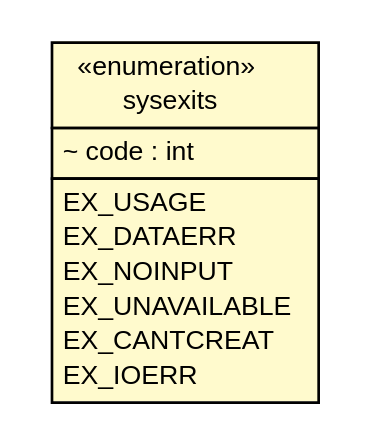
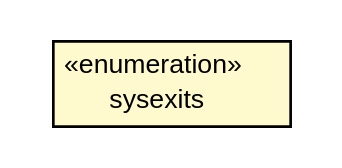
Before and after one commit to B3Partners/brmo: the diagram in brmo-commandline/apidocs/nl/b3p/brmo/commandline/Main.sysexits.dot, drawn with Graphviz. The commit also changed 69 other files, not shown here.

```diff
--- a/brmo-commandline/apidocs/nl/b3p/brmo/commandline/Main.sysexits.dot
+++ b/brmo-commandline/apidocs/nl/b3p/brmo/commandline/Main.sysexits.dot
@@ -1,30 +1,19 @@
 #!/usr/local/bin/dot
 #
 # Class diagram 
 # Generated by UMLGraph version R5_6-24-gf6e263 (http://www.umlgraph.org/)
 #
 
 digraph G {
 	edge [fontname="Helvetica",fontsize=10,labelfontname="Helvetica",labelfontsize=10];
 	node [fontname="Helvetica",fontsize=10,shape=plaintext];
 	nodesep=0.25;
 	ranksep=0.5;
 	// nl.b3p.brmo.commandline.Main.sysexits
 	c7 [label=<<table title="nl.b3p.brmo.commandline.Main.sysexits" border="0" cellborder="1" cellspacing="0" cellpadding="2" port="p" bgcolor="lemonChiffon" href="./Main.sysexits.html">
 		<tr><td><table border="0" cellspacing="0" cellpadding="1">
 <tr><td align="center" balign="center"> &#171;enumeration&#187; </td></tr>
 <tr><td align="center" balign="center"> sysexits </td></tr>
 		</table></td></tr>
-		<tr><td><table border="0" cellspacing="0" cellpadding="1">
-<tr><td align="left" balign="left"> ~ code : int </td></tr>
-		</table></td></tr>
-		<tr><td><table border="0" cellspacing="0" cellpadding="1">
-<tr><td align="left" balign="left"> EX_USAGE </td></tr>
-<tr><td align="left" balign="left"> EX_DATAERR </td></tr>
-<tr><td align="left" balign="left"> EX_NOINPUT </td></tr>
-<tr><td align="left" balign="left"> EX_UNAVAILABLE </td></tr>
-<tr><td align="left" balign="left"> EX_CANTCREAT </td></tr>
-<tr><td align="left" balign="left"> EX_IOERR </td></tr>
-		</table></td></tr>
 		</table>>, URL="./Main.sysexits.html", fontname="Helvetica", fontcolor="black", fontsize=10.0];
 }
```
